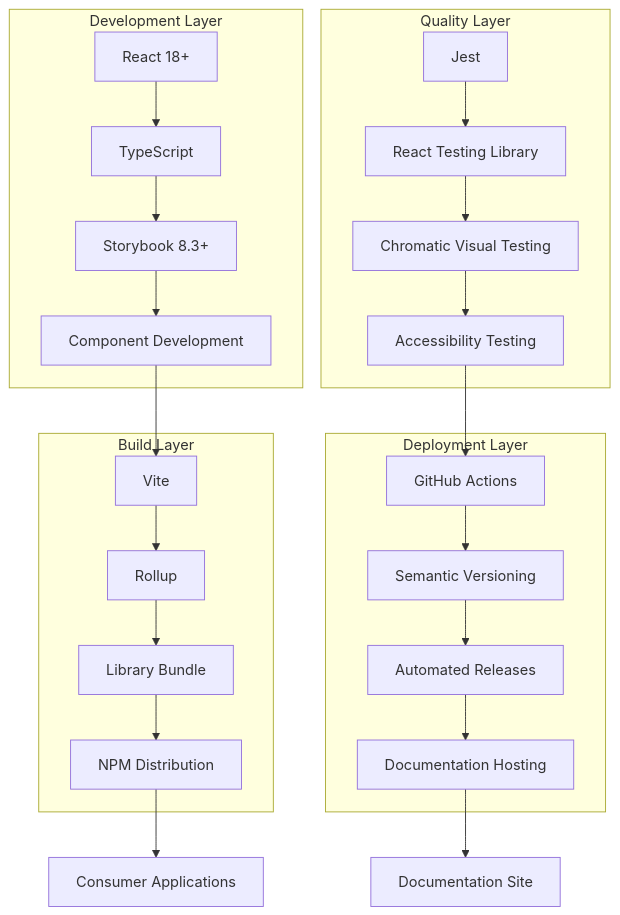
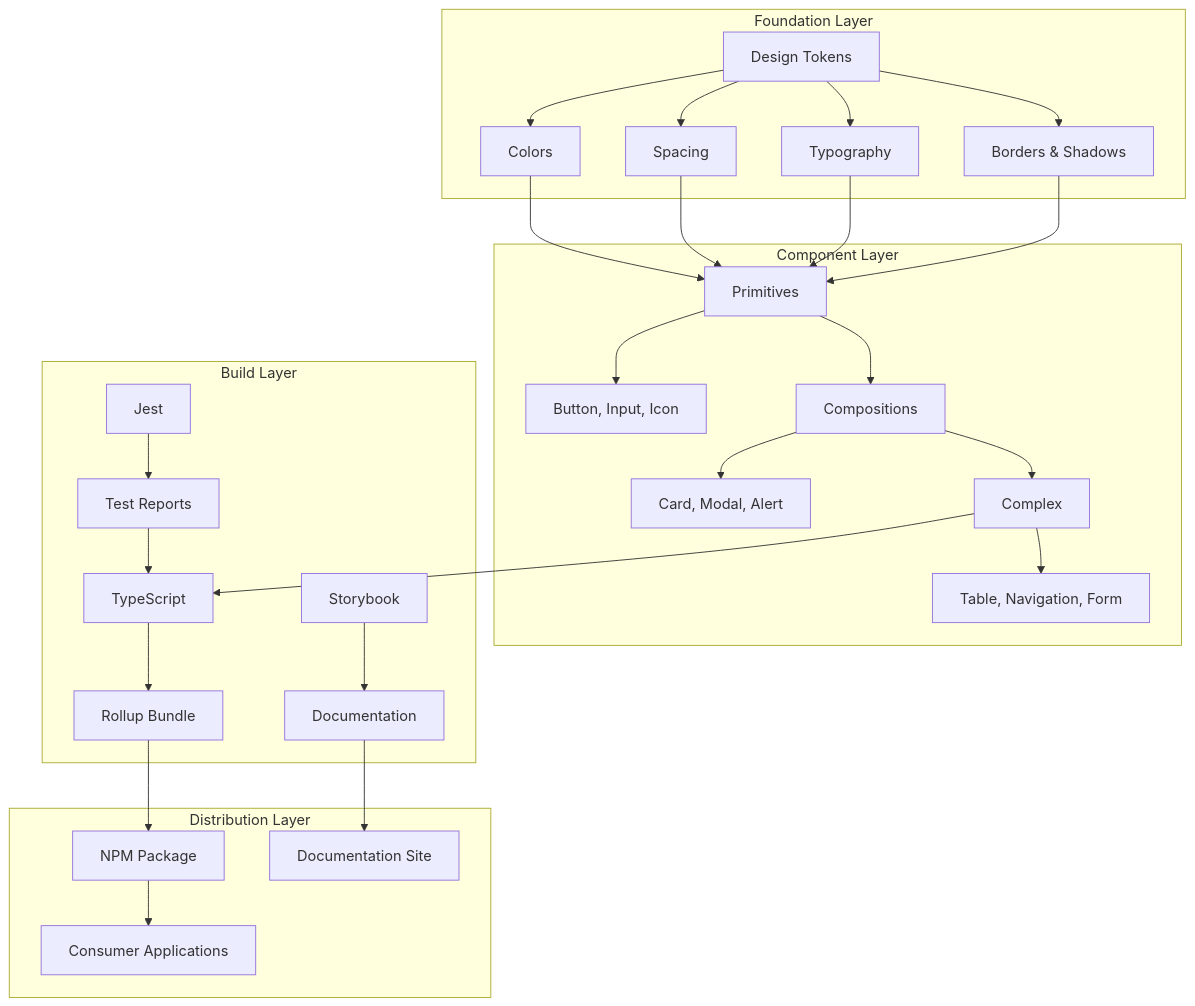
Before and after one commit to DementedWeasel1971/storybook: the first of 5 diagrams in CLAUDE.md, drawn with Mermaid. The commit also changed other lines of this file and 4 other files, not shown here.

First line of the commit message:
feat: Implement automated CLAUDE.md generation system via Architect Crew methodology

````diff
--- a/CLAUDE.md
+++ b/CLAUDE.md
@@ -517,31 +115,38 @@
 ```mermaid
 graph TB
-    subgraph "Development Layer"
-        A[React 18+] --> B[TypeScript]
-        B --> C[Storybook 8.3+]
-        C --> D[Component Development]
+    subgraph "Foundation Layer"
+        A[Design Tokens] --> B[Colors]
+        A --> C[Spacing]
+        A --> D[Typography]
+        A --> E[Borders & Shadows]
+    end
+    
+    subgraph "Component Layer"
+        F[Primitives] --> G[Button, Input, Icon]
+        H[Compositions] --> I[Card, Modal, Alert]
+        J[Complex] --> K[Table, Navigation, Form]
+        
+        B --> F
+        C --> F
+        D --> F
+        E --> F
+        
+        F --> H
+        H --> J
     end
     
     subgraph "Build Layer"
-        E[Vite] --> F[Rollup]
-        F --> G[Library Bundle]
-        G --> H[NPM Distribution]
+        L[TypeScript] --> M[Rollup Bundle]
+        N[Storybook] --> O[Documentation]
+        P[Jest] --> Q[Test Reports]
+        
+        J --> L
+        Q --> L
     end
     
-    subgraph "Quality Layer"
-        I[Jest] --> J[React Testing Library]
-        J --> K[Chromatic Visual Testing]
-        K --> L[Accessibility Testing]
+    subgraph "Distribution Layer"
+        M --> R[NPM Package]
+        O --> S[Documentation Site]
+        R --> T[Consumer Applications]
     end
-    
-    subgraph "Deployment Layer"
-        M[GitHub Actions] --> N[Semantic Versioning]
-        N --> O[Automated Releases]
-        O --> P[Documentation Hosting]
-    end
-    
-    D --> E
-    L --> M
-    H --> Q[Consumer Applications]
-    P --> R[Documentation Site]
 ```
````
